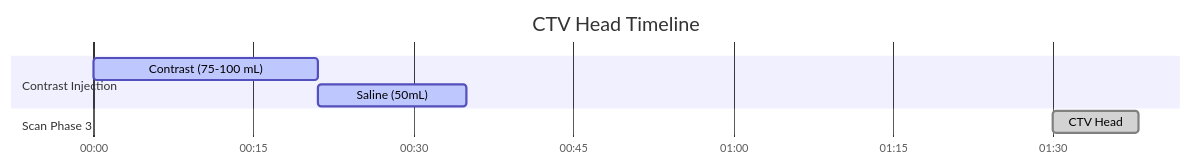
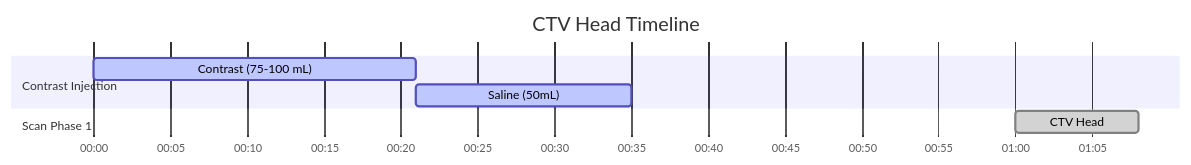
The diagram in docs/ct/neuro/ctv-head.md (dfergs93/radiology-protocols), drawn with Mermaid before and after one commit. The commit also changed 79 other files, not shown here.

````diff
--- a/docs/ct/neuro/ctv-head.md
+++ b/docs/ct/neuro/ctv-head.md
@@ -81,16 +81,16 @@
   ```mermaid
   ---
   config:
     theme: default
   ---
     gantt
       title CTV Head Timeline
       dateFormat mm:ss
       axisFormat %M:%S 
       
       section Contrast Injection
       Contrast (75-100 mL)    :active, contrast, 00:00, 21s
       Saline (50mL)          :active, saline, after contrast, 14s
-      section Scan Phase 3
-      CTV Head    :done, scan3, 01:30, 8s
+      section Scan Phase 1
+      CTV Head    :done, scan1, 01:00, 8s
   ```
````
